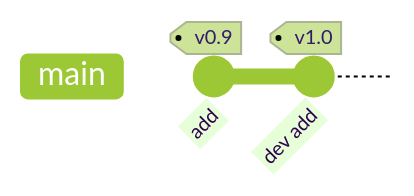
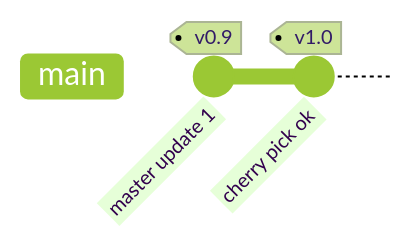
Diagram 13 of 14 in _posts/software/git/2024-09-24-命令.md (dmjcb/dmjcb.github.io), drawn with Mermaid (forest theme) before and after one commit. The commit also changed other lines of this file and 138 other files, not shown here.

Commit message:
修改git博客图片

````diff
--- a/_posts/software/git/2024-09-24-命令.md
+++ b/_posts/software/git/2024-09-24-命令.md
@@ -635,5 +758,5 @@
 ```mermaid
 gitGraph
-    commit id: "add" tag: "v0.9"
-    commit id: "dev add" tag: "v1.0"
+    commit id: "master update 1" tag: "v0.9"
+    commit id: "cherry pick ok" tag: "v1.0"
 ```
````
